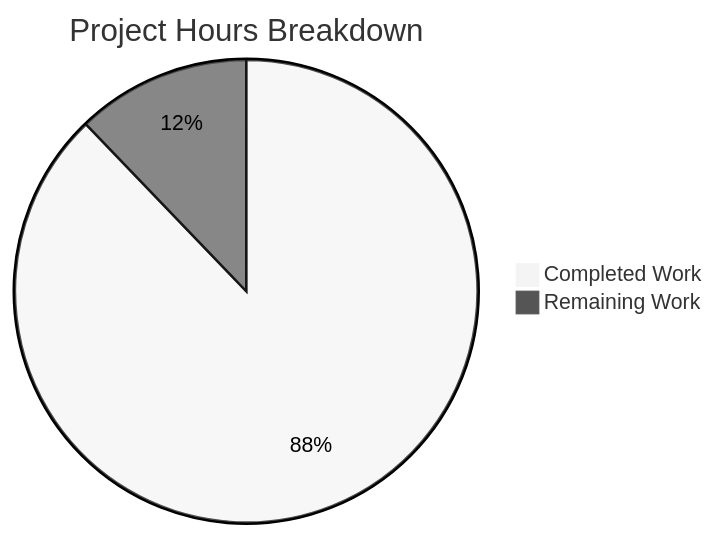
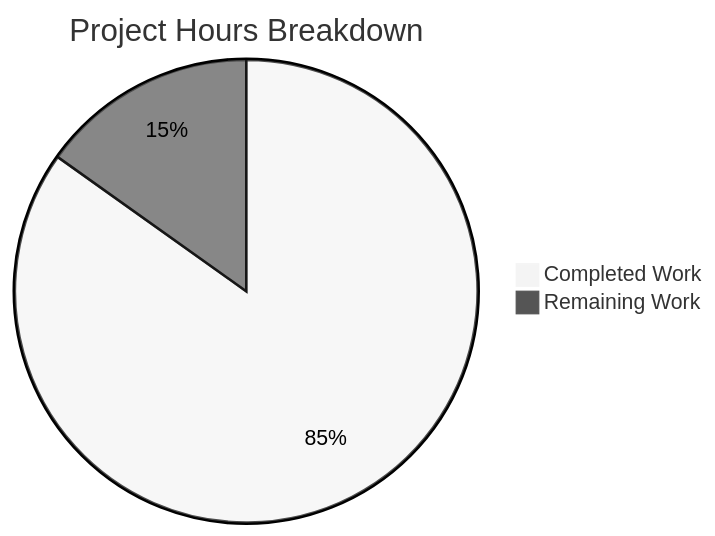
Before and after one commit to blitzy-public-samples/blitzy-WebVella-ERP: the diagram in blitzy/documentation/Project Guide.md, drawn with Mermaid (neutral theme). The commit also changed other lines of this file, not shown here.

Commit message:
Adding Blitzy Project Guide: Project Status and Human Tasks Remaining

````diff
--- a/blitzy/documentation/Project Guide.md
+++ b/blitzy/documentation/Project Guide.md
@@ -22,5 +28,5 @@
 ```mermaid
 pie title Project Hours Breakdown
-    "Completed Work" : 202
-    "Remaining Work" : 28
+    "Completed Work" : 252
+    "Remaining Work" : 45
 ```
````
